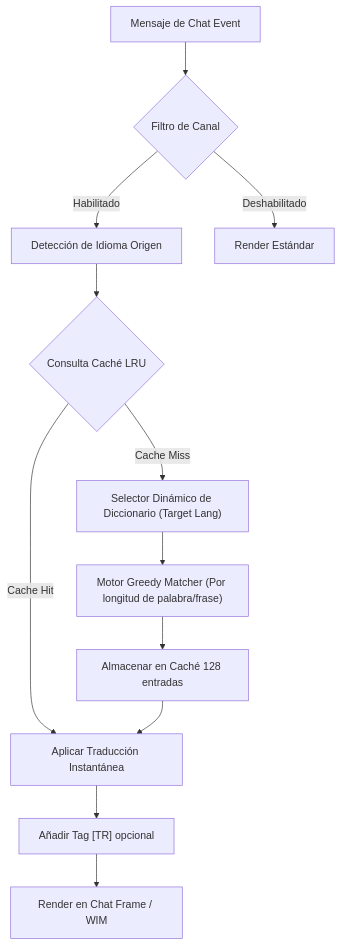
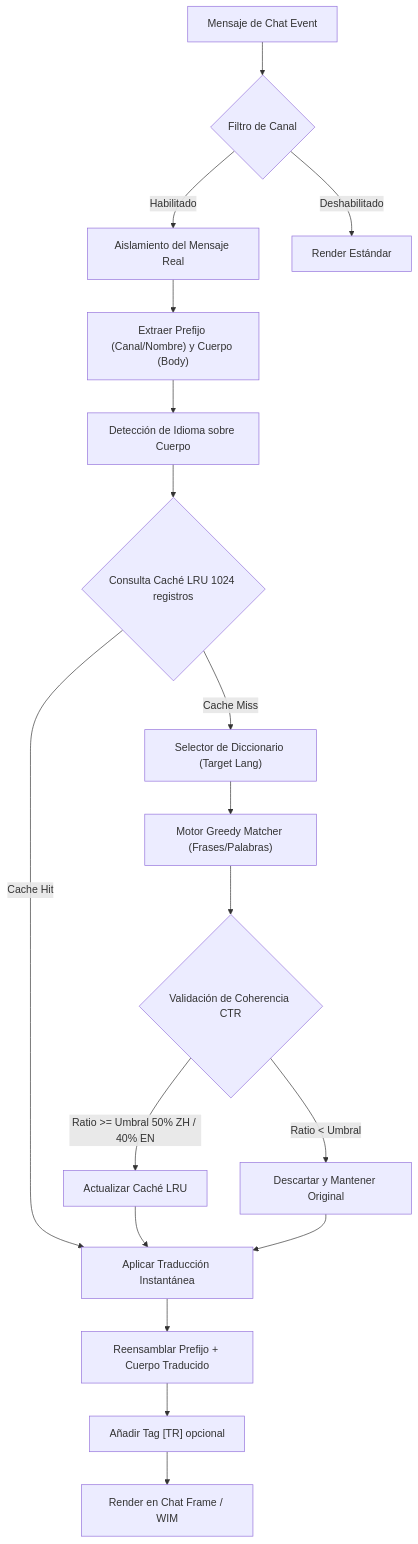
Before and after one commit to DarckRovert/pfUI-El-Sequito-del-Terror-Edition: the diagram in wiki/Arquitectura.md, drawn with Mermaid. The commit also changed other lines of this file and 10 other files, not shown here.

````diff
--- a/wiki/Arquitectura.md
+++ b/wiki/Arquitectura.md
@@ -16,14 +16,20 @@
 ```mermaid
 graph TD
     A[Mensaje de Chat Event] --> B{Filtro de Canal}
-    B -- Habilitado --> C[Detección de Idioma Origen]
+    B -- Habilitado --> C[Aislamiento del Mensaje Real]
     B -- Deshabilitado --> Z[Render Estándar]
-    C --> D{Consulta Caché LRU}
-    D -- Cache Hit --> E[Aplicar Traducción Instantánea]
-    D -- Cache Miss --> F["Selector Dinámico de Diccionario (Target Lang)"]
-    F --> G["Motor Greedy Matcher (Por longitud de palabra/frase)"]
-    G --> H[Almacenar en Caché 128 entradas]
-    H --> E
-    E --> I["Añadir Tag [TR] opcional"]
-    I --> J["Render en Chat Frame / WIM"]
+    C --> D["Extraer Prefijo (Canal/Nombre) y Cuerpo (Body)"]
+    D --> E[Detección de Idioma sobre Cuerpo]
+    E --> F{Consulta Caché LRU 1024 registros}
+    F -- Cache Hit --> G[Aplicar Traducción Instantánea]
+    F -- Cache Miss --> H["Selector de Diccionario (Target Lang)"]
+    H --> I["Motor Greedy Matcher (Frases/Palabras)"]
+    I --> J{Validación de Coherencia CTR}
+    J -- Ratio >= Umbral 50% ZH / 40% EN --> K[Actualizar Caché LRU]
+    J -- Ratio < Umbral --> L[Descartar y Mantener Original]
+    K --> G
+    L --> G
+    G --> M[Reensamblar Prefijo + Cuerpo Traducido]
+    M --> N["Añadir Tag [TR] opcional"]
+    N --> O["Render en Chat Frame / WIM"]
 ```
````
